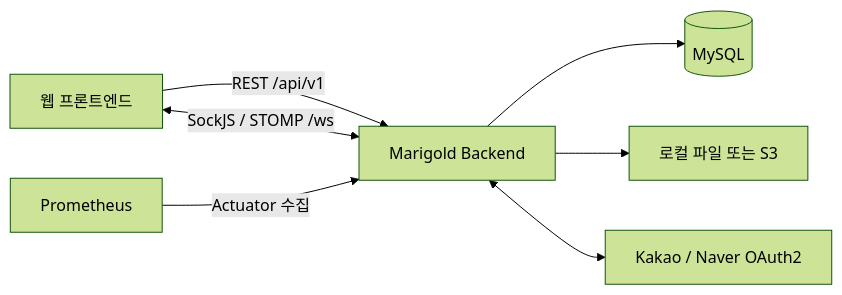
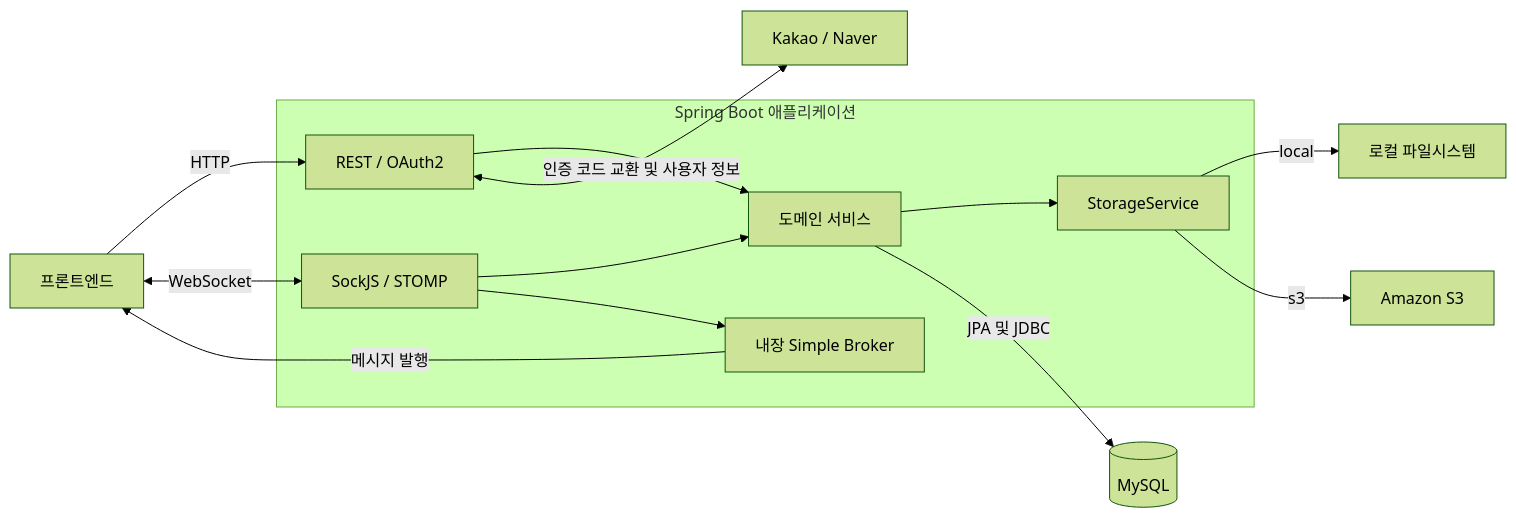
The first of 4 diagrams in docs/architecture.md (RGB234/marigold_server), drawn with Mermaid (forest theme) before and after one commit. The commit also changed other lines of this file and 4 other files, not shown here.

````diff
--- a/docs/architecture.md
+++ b/docs/architecture.md
@@ -7,9 +11,22 @@
 ```mermaid
 flowchart LR
-    Frontend[웹 프론트엔드] -->|REST /api/v1| Backend[Marigold Backend]
-    Frontend <-->|SockJS / STOMP /ws| Backend
-    Backend --> MySQL[(MySQL)]
-    Backend --> Storage[로컬 파일 또는 S3]
-    Backend <--> OAuth[Kakao / Naver OAuth2]
-    Prometheus[Prometheus] -->|Actuator 수집| Backend
+    Client["프론트엔드"]
+    subgraph Backend["Spring Boot 애플리케이션"]
+        HTTP["REST / OAuth2"]
+        WS["SockJS / STOMP"]
+        Services["도메인 서비스"]
+        Broker["내장 Simple Broker"]
+        Storage["StorageService"]
+        HTTP --> Services
+        WS --> Services
+        WS --> Broker
+        Services --> Storage
+    end
+    Client -->|HTTP| HTTP
+    Client <-->|WebSocket| WS
+    Broker -->|메시지 발행| Client
+    HTTP <-->|인증 코드 교환 및 사용자 정보| OAuth["Kakao / Naver"]
+    Services -->|JPA 및 JDBC| DB[("MySQL")]
+    Storage -->|local| Local["로컬 파일시스템"]
+    Storage -->|s3| S3["Amazon S3"]
 ```
````
